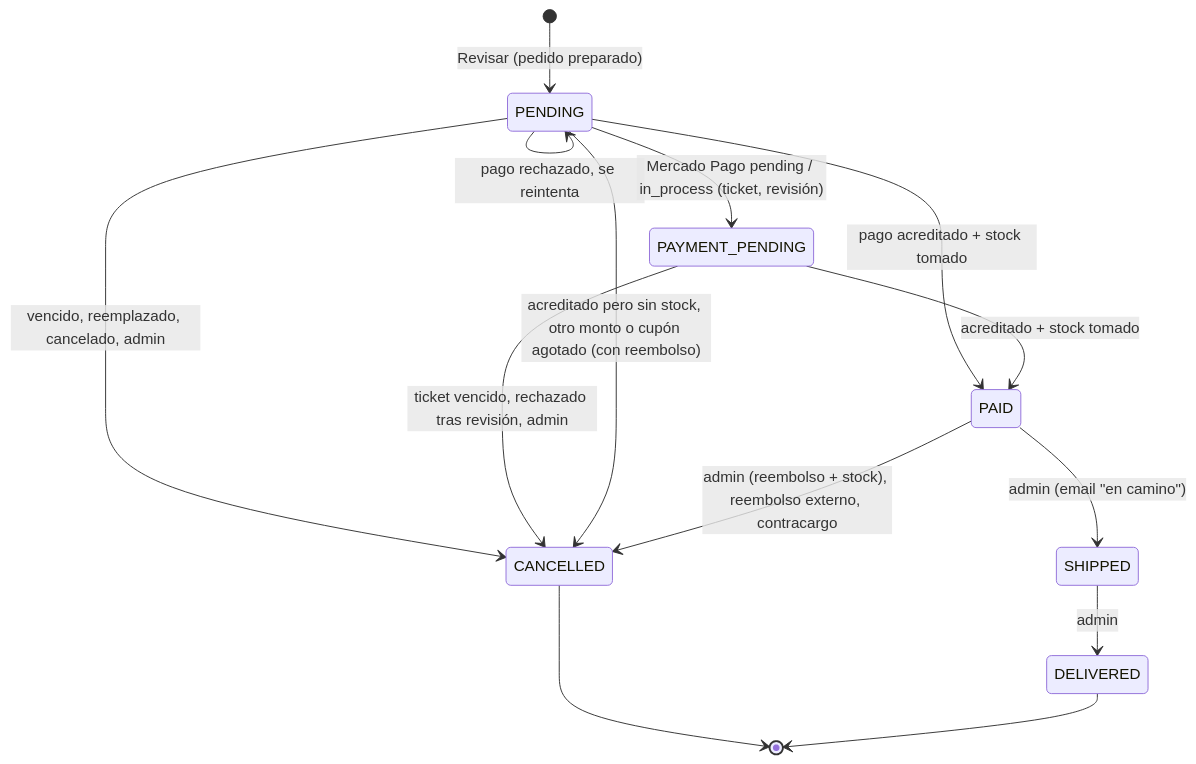
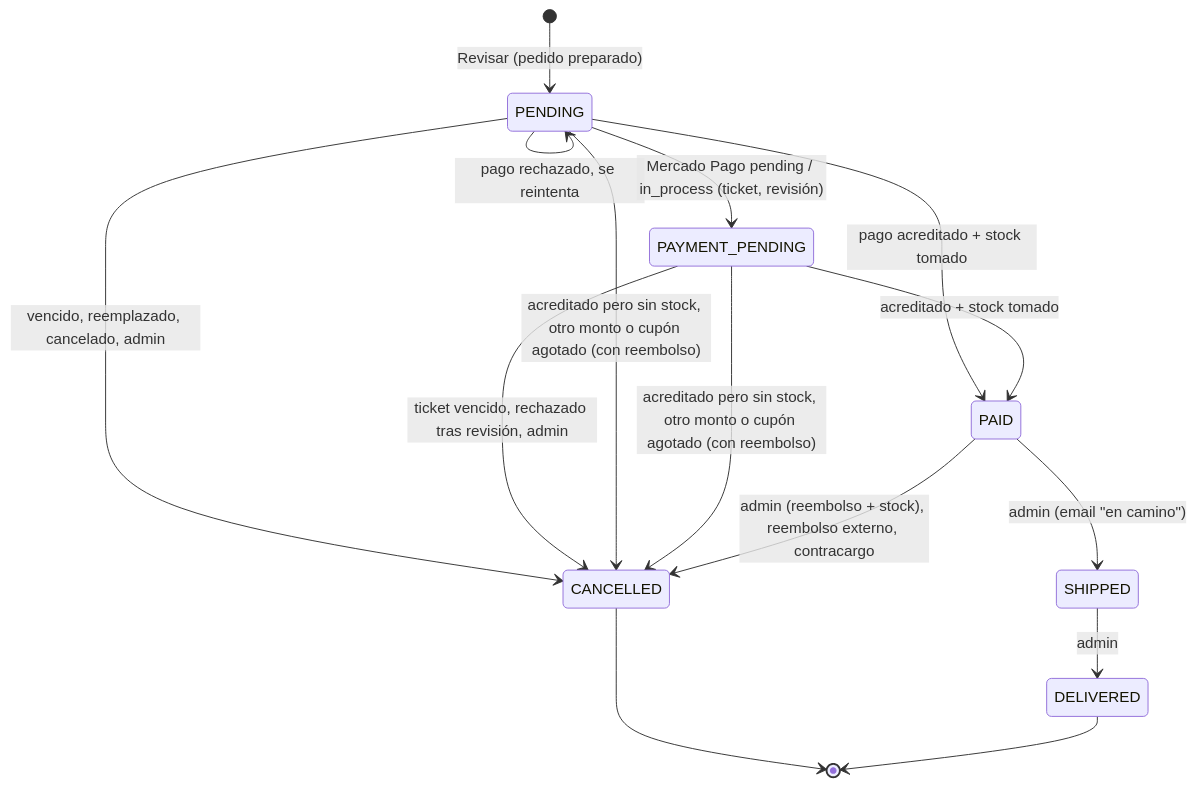
One commit to tomymaritano/lego-store changed the second of 4 diagrams in docs/data-model.md. Above: the diagram before and after it, drawn with Mermaid.

Commit message:
docs(data-model): show refund-and-cancel from PAYMENT_PENDING in Order diagram
A PAYMENT_PENDING order credited later (paid cash ticket, card cleared after
review) is refunded and cancelled when stock ran out, the amount differs or
the coupon no longer fits, same as PENDING (applyMercadoPagoPayment).

````diff
--- a/docs/data-model.md
+++ b/docs/data-model.md
@@ -223,16 +223,17 @@
 ```mermaid
 stateDiagram-v2
   [*] --> PENDING: Revisar (pedido preparado)
   PENDING --> PENDING: pago rechazado, se reintenta
   PENDING --> PAYMENT_PENDING: Mercado Pago pending / in_process (ticket, revisión)
   PENDING --> PAID: pago acreditado + stock tomado
   PENDING --> CANCELLED: vencido, reemplazado, cancelado, admin
   PAYMENT_PENDING --> PAID: acreditado + stock tomado
   PAYMENT_PENDING --> CANCELLED: ticket vencido, rechazado tras revisión, admin
   PENDING --> CANCELLED: acreditado pero sin stock, otro monto o cupón agotado (con reembolso)
+  PAYMENT_PENDING --> CANCELLED: acreditado pero sin stock, otro monto o cupón agotado (con reembolso)
   PAID --> SHIPPED: admin (email "en camino")
   PAID --> CANCELLED: admin (reembolso + stock), reembolso externo, contracargo
   SHIPPED --> DELIVERED: admin
   CANCELLED --> [*]
   DELIVERED --> [*]
 ```
````
